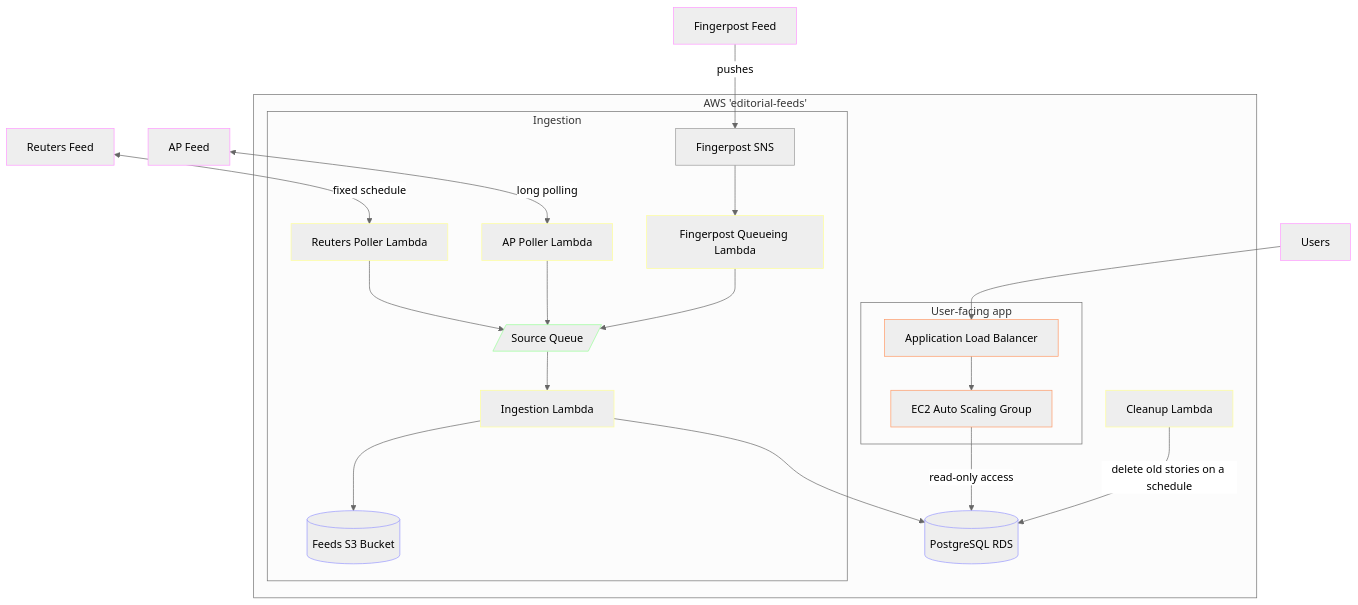
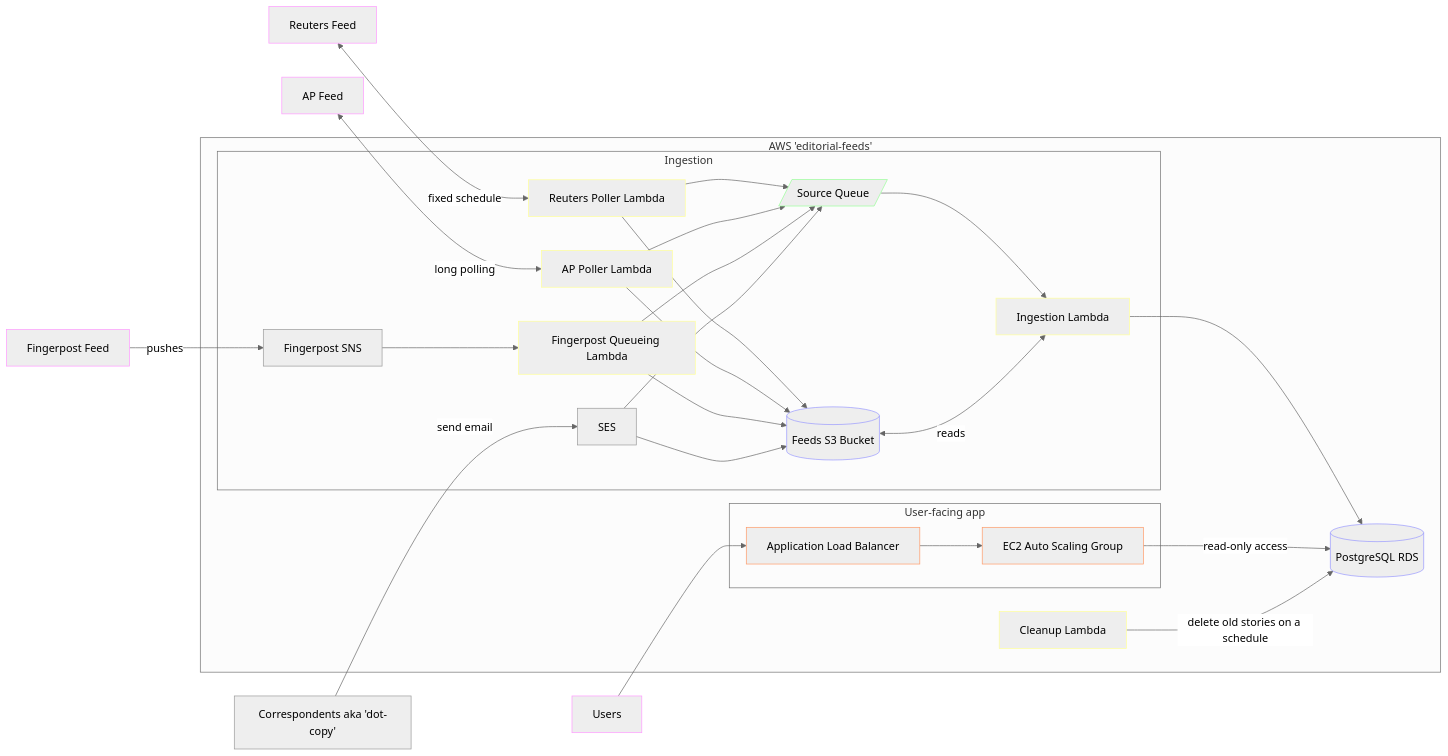
Before and after one commit to guardian/newswires: the diagram in README.md, drawn with Mermaid (neutral theme). The commit also changed 1 other file, not shown here.

Commit message:
Show S3 writes in diagram, and add dot-copy

````diff
--- a/README.md
+++ b/README.md
@@ -145,68 +145,76 @@
 ```mermaid
-graph TB
+graph LR
     %% External Sources
     Reuters[Reuters Feed]
     AP[AP Feed]
     Fingerpost[Fingerpost Feed]
+    Correspondents[Correspondents aka 'dot-copy']
     Users[Users]
 
     subgraph AWS["AWS 'editorial-feeds'"]
         subgraph WritePath["Ingestion"]
             %% Lambda Functions for ingestion
             ReutersPoller[Reuters Poller Lambda]
             APPoller[AP Poller Lambda]
             Ingestion[Ingestion Lambda]
 
             %% Queues and Topics
             FingerpostSNS[Fingerpost SNS]
             FingerpostQueueingLambda[Fingerpost Queueing Lambda]
             SourceQ[/Source Queue/]
+            SES[SES]
 
             %% Ingestion flows
             ReutersPoller --> SourceQ
+            ReutersPoller --> FeedsBucket
             APPoller --> SourceQ
+            APPoller --> FeedsBucket
             FingerpostQueueingLambda --> SourceQ
+            FingerpostQueueingLambda --> FeedsBucket
             SourceQ --> Ingestion
-            Ingestion --> FeedsBucket
+            FeedsBucket <-- reads --> Ingestion
+            SES --> FeedsBucket
+            SES --> SourceQ
         end
 
         subgraph ReadPath["User-facing app"]
             %% Web Application
             ASG[EC2 Auto Scaling Group]
             ALB[Application Load Balancer]
 
             %% Read path flows
             ALB --> ASG
         end
 
         %% Shared Resources
         FeedsBucket[(Feeds S3 Bucket)]
         DB[(PostgreSQL RDS)]
         Cleanup[Cleanup Lambda]
 
         %% Shared Resource Flows
         Ingestion --> DB
         ASG -- "read-only access" --> DB
         Cleanup -- "delete old stories on a schedule" --> DB
     end
 
     %% External Data Flows
     Reuters <-- "fixed schedule" --> ReutersPoller
     AP <-- "long polling" --> APPoller
     Fingerpost -- pushes --> FingerpostSNS
     FingerpostSNS --> FingerpostQueueingLambda
+    Correspondents -- send email --> SES
     Users --> ALB
 
     %% Styling
     classDef external stroke:#f9f
     classDef lambda stroke:#ff9
     classDef queue stroke:#9f9
     classDef storage stroke:#99f
     classDef compute stroke:#f96
 
     class Reuters,AP,Fingerpost,Users external
     class ReutersPoller,APPoller,Ingestion,Cleanup,FingerpostQueueingLambda lambda
     class SourceQ queue
     class FeedsBucket,DB storage
     class ASG,ALB compute
 ```
````
